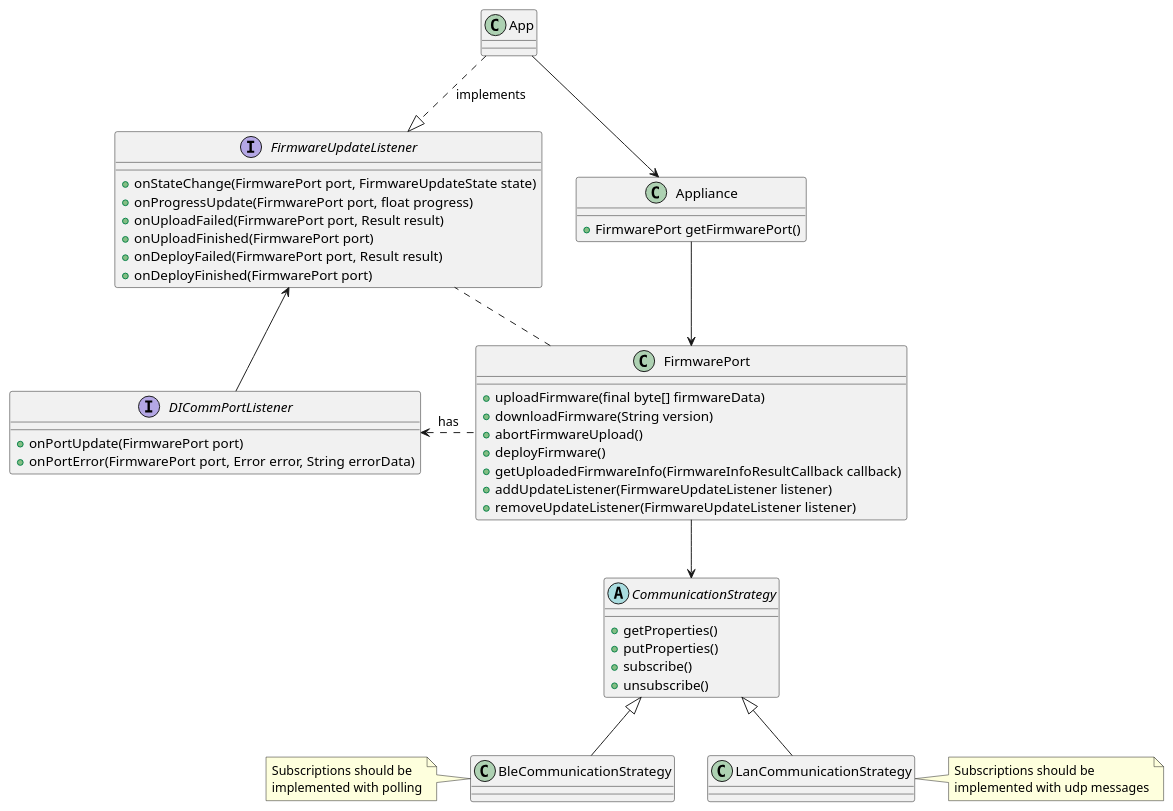
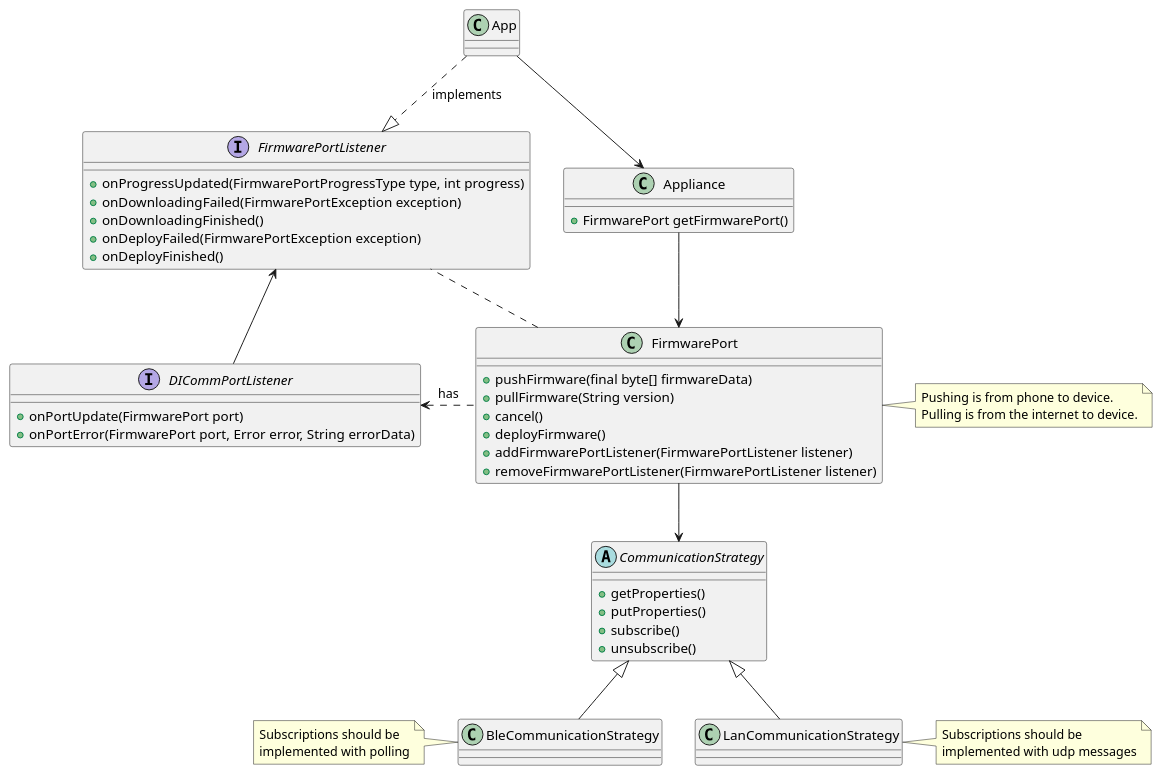
The diagram in Documents/Internal/FirewareUpgrade.puml (rahul2008/mobile-plf-android), drawn with PlantUML before and after one commit.

Commit message:
CON-101 Some minor changes to the firmware upgrade diagram

```diff
--- a/Documents/Internal/FirewareUpgrade.puml
+++ b/Documents/Internal/FirewareUpgrade.puml
@@ -1,61 +1,60 @@
 @startuml
 
 class App {
 }
 
 class Appliance {
     + FirmwarePort getFirmwarePort()
 }
 
 class FirmwarePort {
-    + uploadFirmware(final byte[] firmwareData)
-    + downloadFirmware(String version)
-    + abortFirmwareUpload()
+    + pushFirmware(final byte[] firmwareData)
+    + pullFirmware(String version)
+    + cancel()
     + deployFirmware()
-    + getUploadedFirmwareInfo(FirmwareInfoResultCallback callback)
-    + addUpdateListener(FirmwareUpdateListener listener)
-    + removeUpdateListener(FirmwareUpdateListener listener)
+    + addFirmwarePortListener(FirmwarePortListener listener)
+    + removeFirmwarePortListener(FirmwarePortListener listener)
 }
+note right: Pushing is from phone to device.\nPulling is from the internet to device.
 
-interface FirmwareUpdateListener {
-    + onStateChange(FirmwarePort port, FirmwareUpdateState state)
-    + onProgressUpdate(FirmwarePort port, float progress)
-    + onUploadFailed(FirmwarePort port, Result result)
-    + onUploadFinished(FirmwarePort port)
-    + onDeployFailed(FirmwarePort port, Result result)
-    + onDeployFinished(FirmwarePort port)
+interface FirmwarePortListener {
+    + onProgressUpdated(FirmwarePortProgressType type, int progress)
+    + onDownloadingFailed(FirmwarePortException exception)
+    + onDownloadingFinished()
+    + onDeployFailed(FirmwarePortException exception)
+    + onDeployFinished()
 }
 
 interface DICommPortListener {
     + onPortUpdate(FirmwarePort port)
     + onPortError(FirmwarePort port, Error error, String errorData)
 }
 
 abstract class CommunicationStrategy {
     + getProperties()
     + putProperties()
     + subscribe()
     + unsubscribe()
 }
 
 
 class BleCommunicationStrategy {
 }
 note left : Subscriptions should be\nimplemented with polling
 
 class LanCommunicationStrategy {
 }
 note right : Subscriptions should be\nimplemented with udp messages
 
 
 App -down-> Appliance
-App ..|> FirmwareUpdateListener : implements
+App ..|> FirmwarePortListener : implements
 Appliance -down-> FirmwarePort
-FirmwarePort .. FirmwareUpdateListener
+FirmwarePort .. FirmwarePortListener
 FirmwarePort .left.> DICommPortListener: has
-DICommPortListener -up-> FirmwareUpdateListener
+DICommPortListener -up-> FirmwarePortListener
 CommunicationStrategy <|-- LanCommunicationStrategy
 CommunicationStrategy <|-- BleCommunicationStrategy
 FirmwarePort --> CommunicationStrategy
 
 @enduml
```
